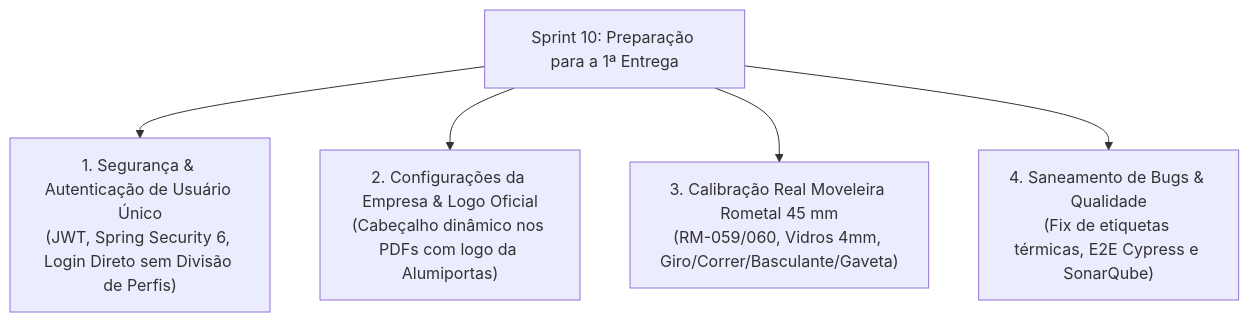
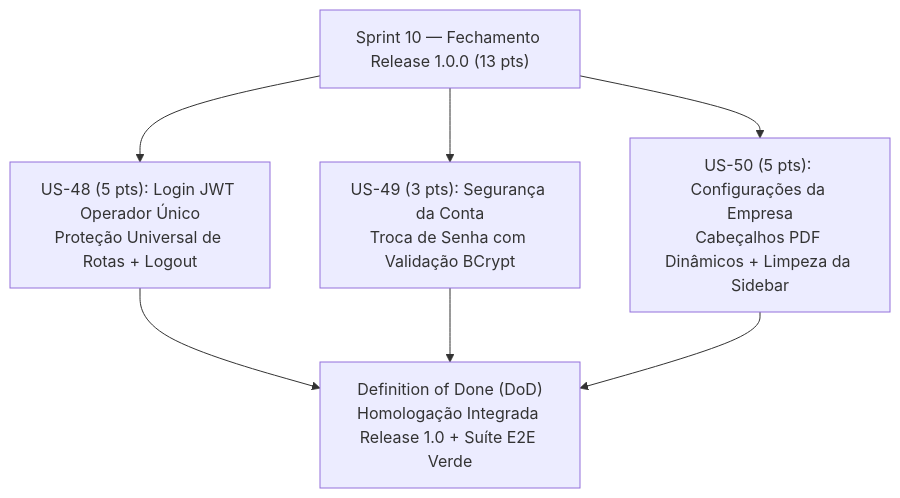
One commit to ADS-IFPB-SR/alumigest changed the diagram in docs/planejamento/sprint-10/README.md. Above: the diagram before and after it, drawn with Mermaid. The commit also changed other lines of this file and 17 other files, not shown here.

````diff
--- a/docs/planejamento/sprint-10/README.md
+++ b/docs/planejamento/sprint-10/README.md
@@ -18,7 +26,7 @@
 ```mermaid
 flowchart TD
-    A["Sprint 10: Preparação para a 1ª Entrega"] --> B["1. Segurança & Autenticação de Usuário Único\n(JWT, Spring Security 6, Login Direto sem Divisão de Perfis)"]
-    A --> C["2. Configurações da Empresa & Logo Oficial\n(Cabeçalho dinâmico nos PDFs com logo da Alumiportas)"]
-    A --> D["3. Calibração Real Moveleira Rometal 45 mm\n(RM-059/060, Vidros 4mm, Giro/Correr/Basculante/Gaveta)"]
-    A --> E["4. Saneamento de Bugs & Qualidade\n(Fix de etiquetas térmicas, E2E Cypress e SonarQube)"]
+    S10["Sprint 10 — Fechamento Release 1.0.0 (13 pts)"] --> US48["US-48 (5 pts): Login JWT Operador Único\nProteção Universal de Rotas + Logout"]
+    S10 --> US49["US-49 (3 pts): Segurança da Conta\nTroca de Senha com Validação BCrypt"]
+    S10 --> US50["US-50 (5 pts): Configurações da Empresa\nCabeçalhos PDF Dinâmicos + Limpeza da Sidebar"]
+    US48 & US49 & US50 --> DOD["Definition of Done (DoD)\nHomologação Integrada Release 1.0 + Suíte E2E Verde"]
 ```
````
